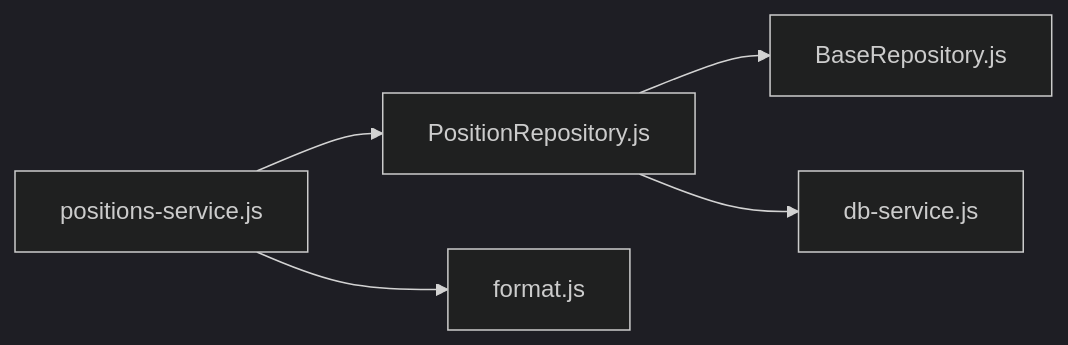
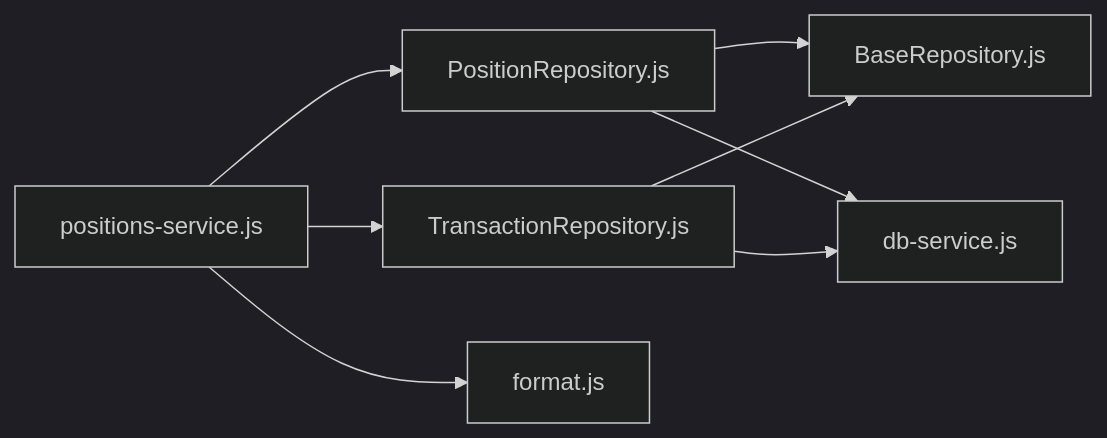
The fourth of 4 diagrams in .qoder/repowiki/en/content/Core Features/Positions Tracking/Positions Service Layer.md (iliyas77/MTF-monitor), drawn with Mermaid (dark theme) before and after one commit. The commit also changed other lines of this file and 69 other files, not shown here.

````diff
--- a/.qoder/repowiki/en/content/Core Features/Positions Tracking/Positions Service Layer.md
+++ b/.qoder/repowiki/en/content/Core Features/Positions Tracking/Positions Service Layer.md
@@ -254,7 +312,10 @@
 ```mermaid
 graph LR
 PS["positions-service.js"] --> PR["PositionRepository.js"]
+PS --> TR["TransactionRepository.js"]
 PR --> BR["BaseRepository.js"]
+TR --> BR
 PR --> DBS["db-service.js"]
+TR --> DBS
 PS --> FMT["format.js"]
 ```
````
